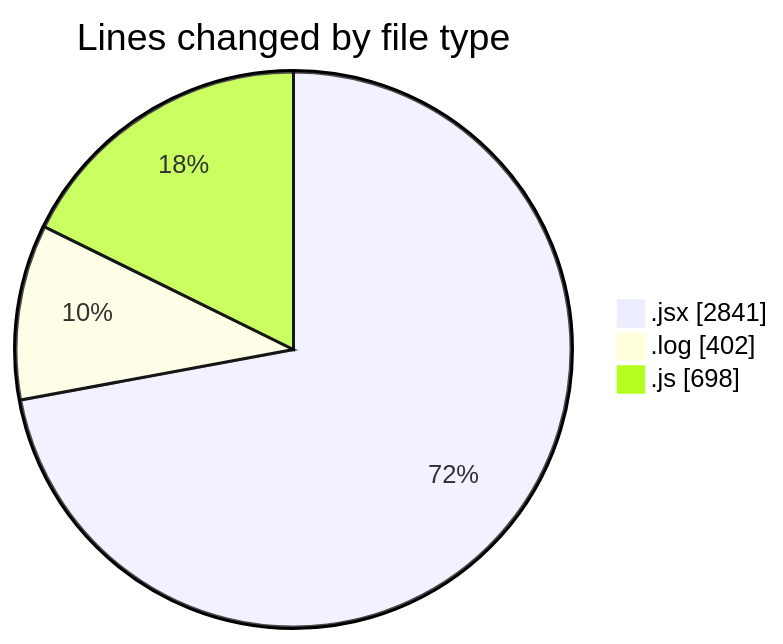
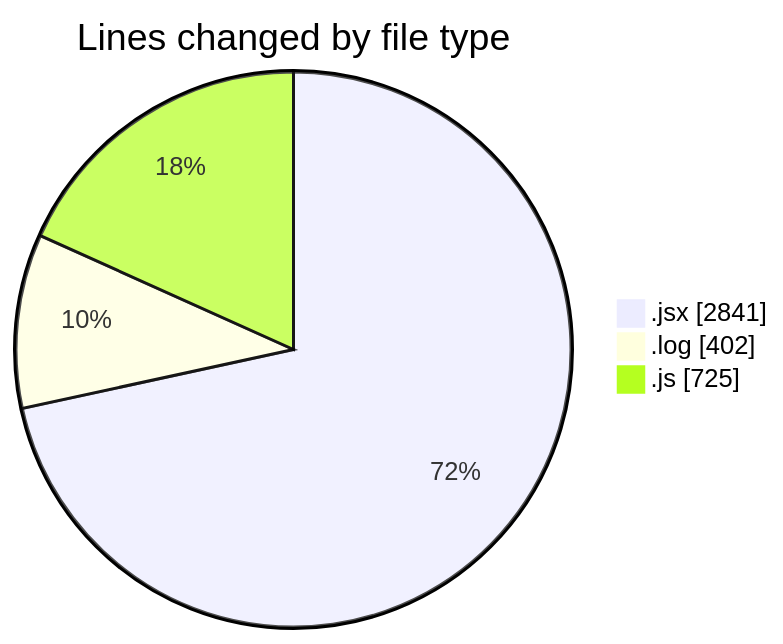
One commit to nxtqubesakshisongat/code-tracking changed the first of 2 diagrams in 2025-05-02/nxtqube_webapp/README.md. Above: the diagram before and after it, drawn with Mermaid. The commit also changed other lines of this file and 1 other file, not shown here.

````diff
--- a/2025-05-02/nxtqube_webapp/README.md
+++ b/2025-05-02/nxtqube_webapp/README.md
@@ -29,7 +29,7 @@
 ```mermaid
 pie showData
 title Lines changed by file type
 ".jsx" : 2841
 ".log" : 402
-".js" : 698
+".js" : 725
 ```
````
